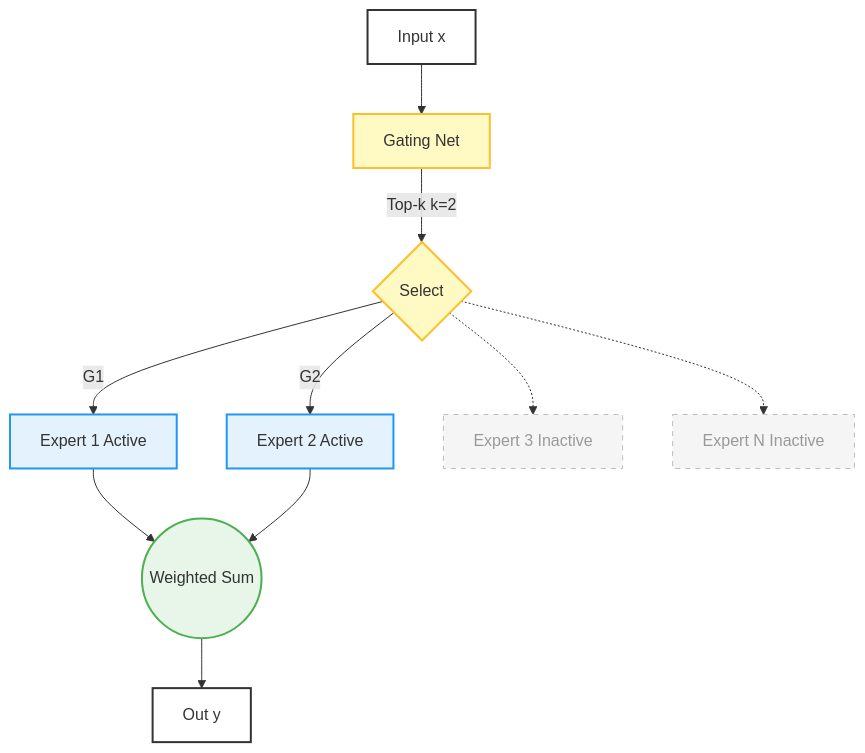
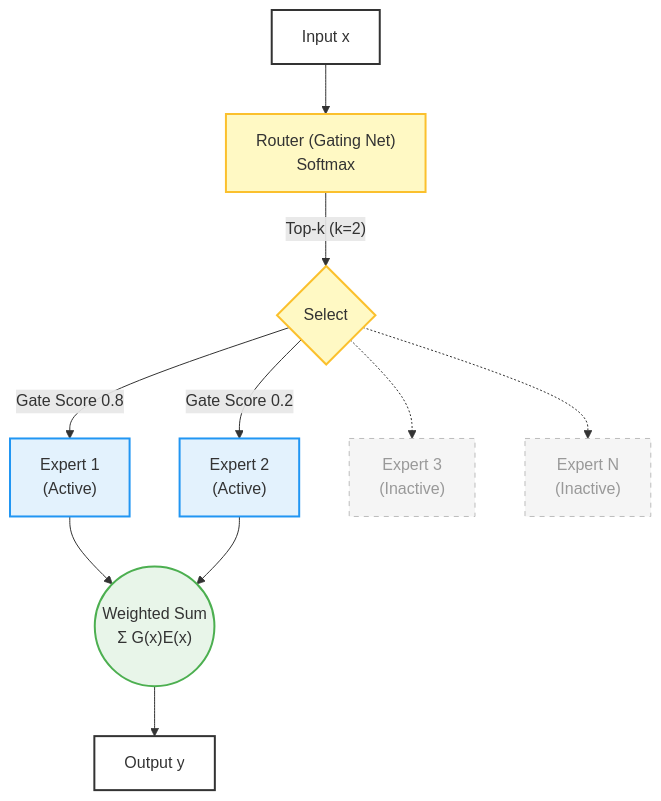
Before and after one commit to Ricepunchb/Idsh-obsidian-garden: the diagram in content/study/MoE.md, drawn with Mermaid. The commit also changed other lines of this file and 14 other files, not shown here.

````diff
--- a/content/study/MoE.md
+++ b/content/study/MoE.md
@@ -29,31 +34,31 @@
 ```mermaid
-%%{init: {'theme':'default'}}%% 
-graph TD 
-	Input[Input x] 
-	Router[Gating Net]
-	
-	Input --> Router 
-	Router -- Top-k k=2 --> Choice{Select}
+%%{init: {'theme':'default'}}%%
+graph TD
+    Input["Input x"] 
+    Router["Router (Gating Net)<br/>Softmax"]
+    
+    Input --> Router
+    Router -- "Top-k (k=2)" --> Choice{Select}
 
-	Choice -->|G1| E1[Expert 1 Active] 
-	Choice -->|G2| E2[Expert 2 Active] 
-	Choice -.-> E3[Expert 3 Inactive] 
-	Choice -.-> En[Expert N Inactive]
+    Choice -->|Gate Score 0.8| E1["Expert 1<br/>(Active)"]
+    Choice -->|Gate Score 0.2| E2["Expert 2<br/>(Active)"]
+    Choice -.-> E3["Expert 3<br/>(Inactive)"]
+    Choice -.-> En["Expert N<br/>(Inactive)"]
 
-	Sum((Weighted Sum)) 
-	Output[Out y]
+    Sum(("Weighted Sum<br/>Σ G(x)E(x)"))
+    Output["Output y"]
 
-	E1 --> Sum 
-	E2 --> Sum 
-	Sum --> Output
+    E1 --> Sum
+    E2 --> Sum
+    Sum --> Output
 
-	style Input fill:#fff,stroke:#333,stroke-width:2px 
-	style Router fill:#fff9c4,stroke:#fbc02d,stroke-width:2px 
-	style Choice fill:#fff9c4,stroke:#fbc02d,stroke-width:2px 
-	style E1 fill:#e3f2fd,stroke:#2196f3,stroke-width:2px 
-	style E2 fill:#e3f2fd,stroke:#2196f3,stroke-width:2px 
-	style E3 fill:#f5f5f5,stroke:#bdbdbd,stroke-dasharray: 5 5,color:#999 
-	style En fill:#f5f5f5,stroke:#bdbdbd,stroke-dasharray: 5 5,color:#999 
-	style Sum fill:#e8f5e9,stroke:#4caf50,stroke-width:2px 
-	style Output fill:#fff,stroke:#333,stroke-width:2px
+    style Input fill:#fff,stroke:#333,stroke-width:2px
+    style Router fill:#fff9c4,stroke:#fbc02d,stroke-width:2px
+    style Choice fill:#fff9c4,stroke:#fbc02d,stroke-width:2px
+    style E1 fill:#e3f2fd,stroke:#2196f3,stroke-width:2px
+    style E2 fill:#e3f2fd,stroke:#2196f3,stroke-width:2px
+    style E3 fill:#f5f5f5,stroke:#bdbdbd,stroke-dasharray: 5 5,color:#999
+    style En fill:#f5f5f5,stroke:#bdbdbd,stroke-dasharray: 5 5,color:#999
+    style Sum fill:#e8f5e9,stroke:#4caf50,stroke-width:2px
+    style Output fill:#fff,stroke:#333,stroke-width:2px
 ```
````
